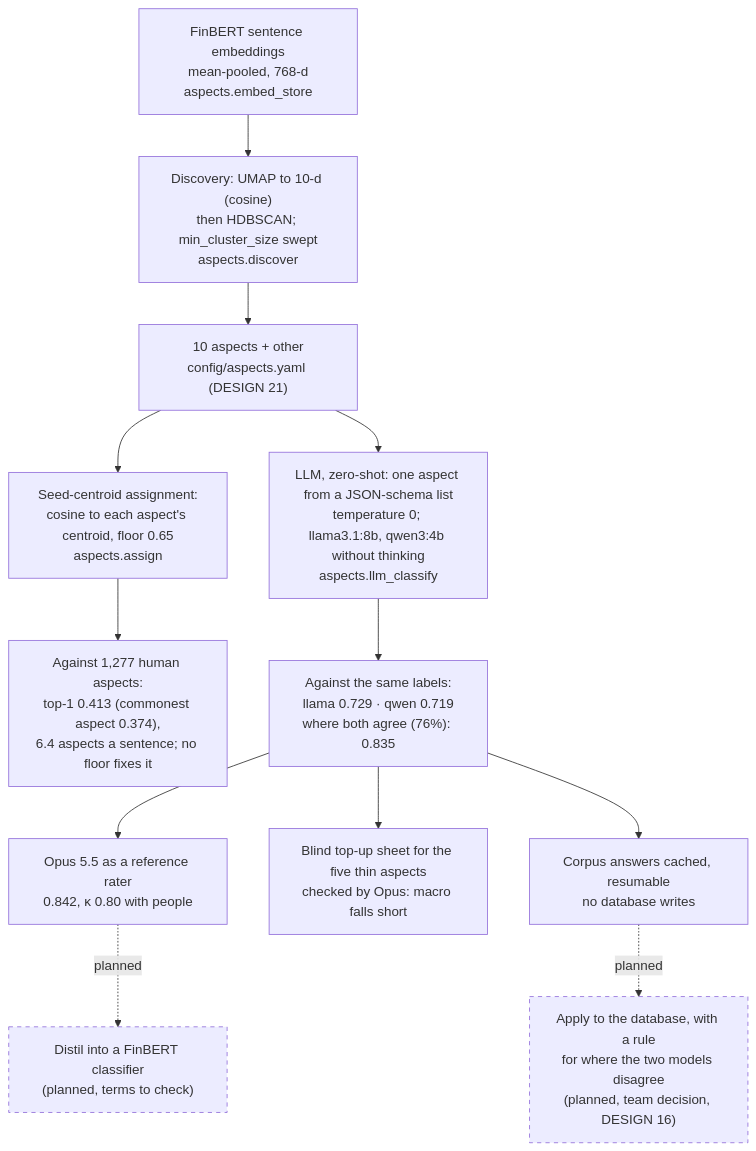
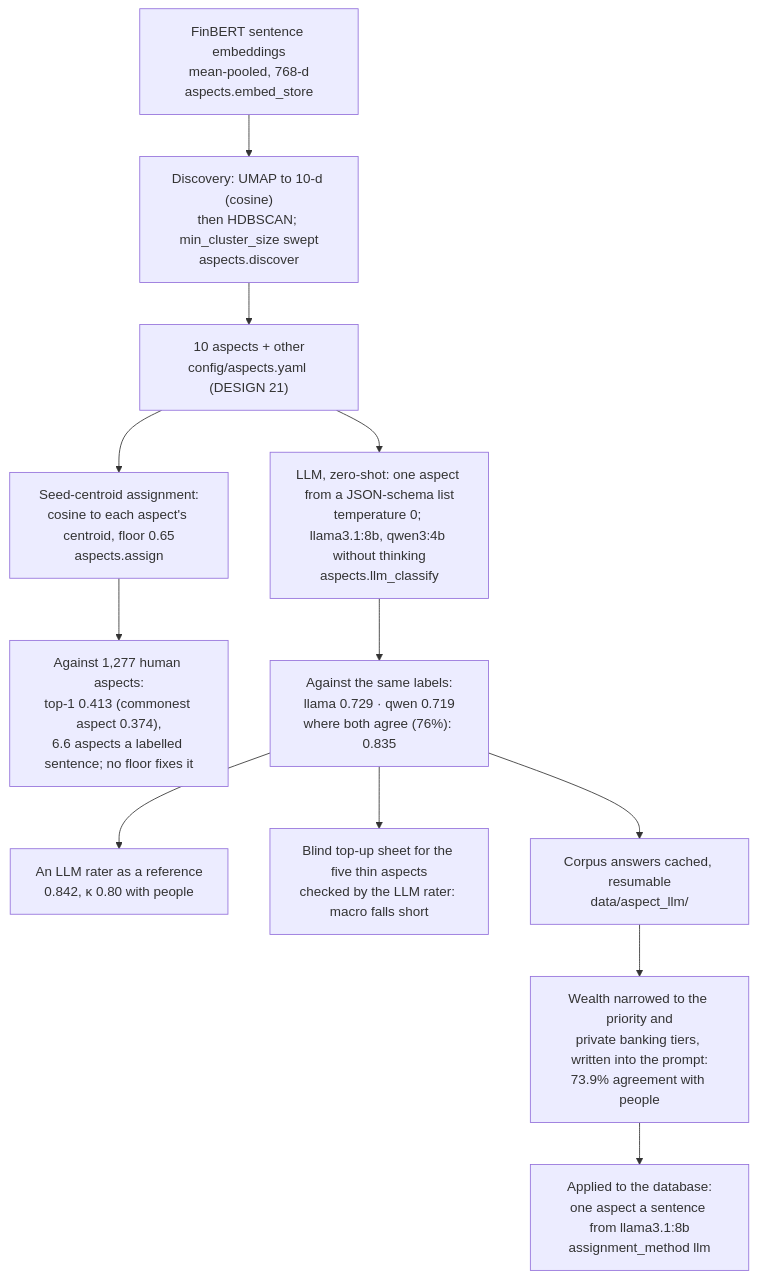
Before and after one commit to Gavingyh/plp-project: the diagram in docs/diagrams/src/22-aspect-method-development.mmd, drawn with Mermaid. The commit also changed 124 other files, not shown here.

```diff
--- a/docs/diagrams/src/22-aspect-method-development.mmd
+++ b/docs/diagrams/src/22-aspect-method-development.mmd
@@ -1,26 +1,22 @@
 flowchart TB
   accTitle: Aspect method development
-  accDescr: FinBERT sentence embeddings are reduced with UMAP and clustered with HDBSCAN; the clusters were labelled into ten aspects. Seed-centroid assignment by cosine similarity was calibrated against the human aspect labels and found weak at any floor. A local LLM choosing one aspect from a fixed list was evaluated on the same labels and was far better, more so where two models agree; Opus 5.5 gives a reference. The classifier's answers for the corpus are being cached; applying them, and distilling them into a smaller model, wait.
+  accDescr: FinBERT sentence embeddings are reduced with UMAP and clustered with HDBSCAN; the clusters were labelled into ten aspects. Seed-centroid assignment by cosine similarity was calibrated against the human aspect labels and found weak at any floor. A local LLM choosing one aspect from a fixed list was evaluated on the same labels and was far better, more so where two models agree; an LLM rater gives a reference. The answers of llama3.1:8b for the whole corpus, with the wealth aspect's narrower wording, were applied to the database.
 
   emb["FinBERT sentence embeddings<br/>mean-pooled, 768-d<br/>aspects.embed_store"]
   disc["Discovery: UMAP to 10-d (cosine)<br/>then HDBSCAN; min_cluster_size swept<br/>aspects.discover"]
   tax["10 aspects + other<br/>config/aspects.yaml (DESIGN 21)"]
   cent["Seed-centroid assignment:<br/>cosine to each aspect's centroid, floor 0.65<br/>aspects.assign"]
-  cal["Against 1,277 human aspects:<br/>top-1 0.413 (commonest aspect 0.374),<br/>6.4 aspects a sentence; no floor fixes it"]
+  cal["Against 1,277 human aspects:<br/>top-1 0.413 (commonest aspect 0.374),<br/>6.6 aspects a labelled sentence; no floor fixes it"]
   llm["LLM, zero-shot: one aspect from a JSON-schema list<br/>temperature 0; llama3.1:8b, qwen3:4b without thinking<br/>aspects.llm_classify"]
   ev["Against the same labels:<br/>llama 0.729 · qwen 0.719<br/>where both agree (76%): 0.835"]
-  opus["Opus 5.5 as a reference rater<br/>0.842, κ 0.80 with people"]
-  top["Blind top-up sheet for the five thin aspects<br/>checked by Opus: macro falls short"]
-  cache["Corpus answers cached, resumable<br/>no database writes"]
-  apply["Apply to the database, with a rule<br/>for where the two models disagree<br/>(planned, team decision, DESIGN 16)"]
-  distil["Distil into a FinBERT classifier<br/>(planned, terms to check)"]
+  opus["An LLM rater as a reference<br/>0.842, κ 0.80 with people"]
+  top["Blind top-up sheet for the five thin aspects<br/>checked by the LLM rater: macro falls short"]
+  cache["Corpus answers cached, resumable<br/>data/aspect_llm/"]
+  wealth["Wealth narrowed to the priority and<br/>private banking tiers, written into the prompt:<br/>73.9% agreement with people"]
+  apply["Applied to the database:<br/>one aspect a sentence from llama3.1:8b<br/>assignment_method llm"]
 
   emb --> disc --> tax --> cent --> cal
   tax --> llm --> ev
   ev --> opus
   ev --> top
-  ev --> cache
-  cache -. planned .-> apply
-  opus -. planned .-> distil
-  style apply stroke-dasharray: 5 5
-  style distil stroke-dasharray: 5 5
+  ev --> cache --> wealth --> apply
```
